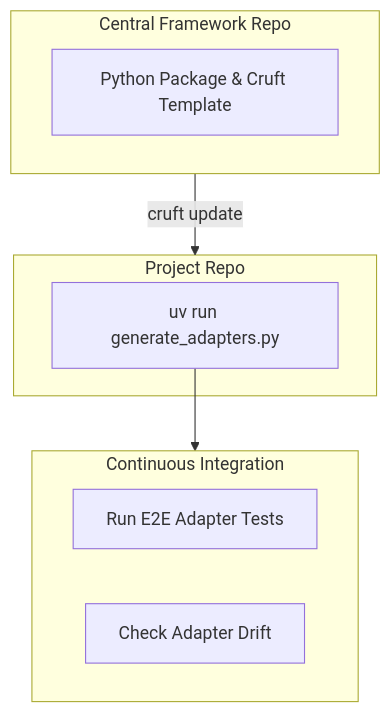
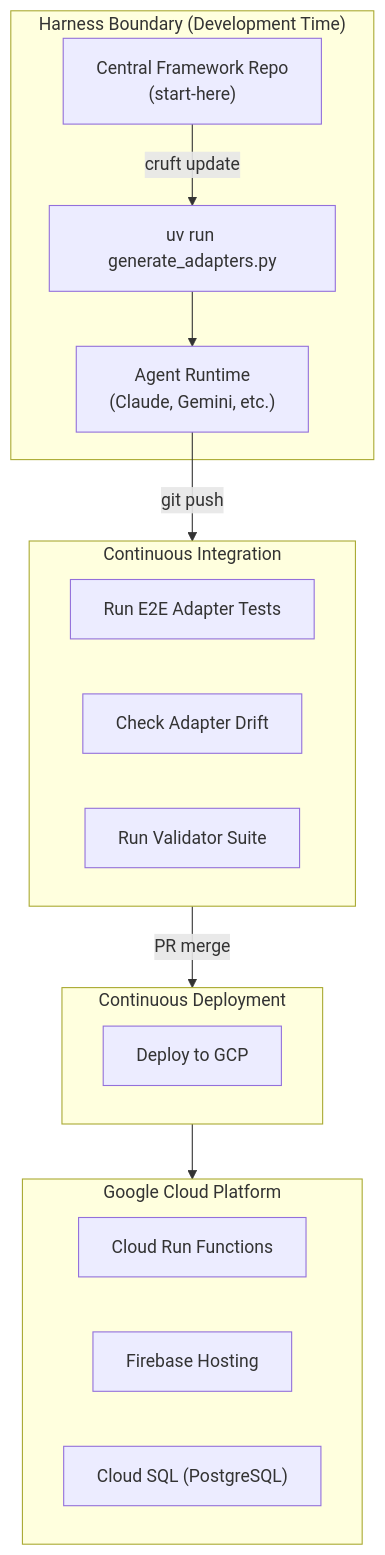
The third of 3 diagrams in artefacts/architecture/architecture.md (Schmoiger/start-here), drawn with Mermaid before and after one commit. The commit also changed other lines of this file and 3 other files, not shown here.

Commit message:
docs: reviewed repo once again and improved product requirements and technical architecture

````diff
--- a/artefacts/architecture/architecture.md
+++ b/artefacts/architecture/architecture.md
@@ -186,18 +277,30 @@
 ```mermaid
 flowchart TB
+    subgraph HarnessBoundary["Harness Boundary (Development Time)"]
+        Upstream["Central Framework Repo\n(start-here)"]
+        LocalRun["uv run generate_adapters.py"]
+        AgentRuntime["Agent Runtime\n(Claude, Gemini, etc.)"]
+    end
+
     subgraph CI["Continuous Integration"]
         Test["Run E2E Adapter Tests"]
         Drift["Check Adapter Drift"]
+        Validate["Run Validator Suite"]
     end
 
-    subgraph Upstream["Central Framework Repo"]
-        Package["Python Package & Cruft Template"]
+    subgraph CD["Continuous Deployment"]
+        Deploy["Deploy to GCP"]
     end
 
-    subgraph Downstream["Project Repo"]
-        LocalRun["uv run generate_adapters.py"]
+    subgraph GCP["Google Cloud Platform"]
+        CloudRun["Cloud Run Functions"]
+        Firebase["Firebase Hosting"]
+        CloudSQL["Cloud SQL (PostgreSQL)"]
     end
 
-    Upstream -->|cruft update| Downstream
-    LocalRun --> CI
+    Upstream -->|cruft update| LocalRun
+    LocalRun --> AgentRuntime
+    AgentRuntime -->|git push| CI
+    CI -->|PR merge| CD
+    CD --> GCP
 ```
````
